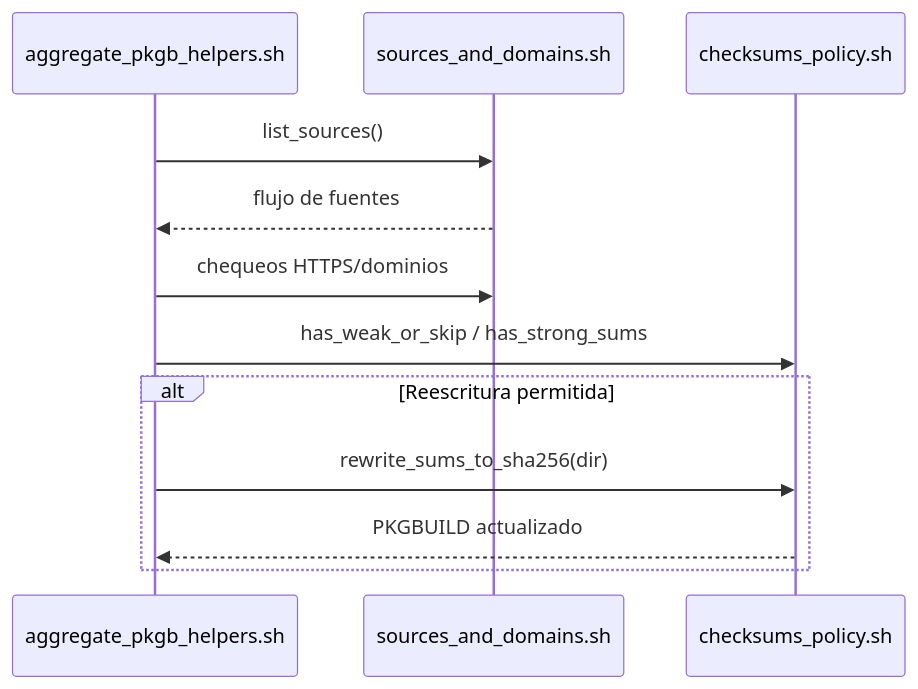
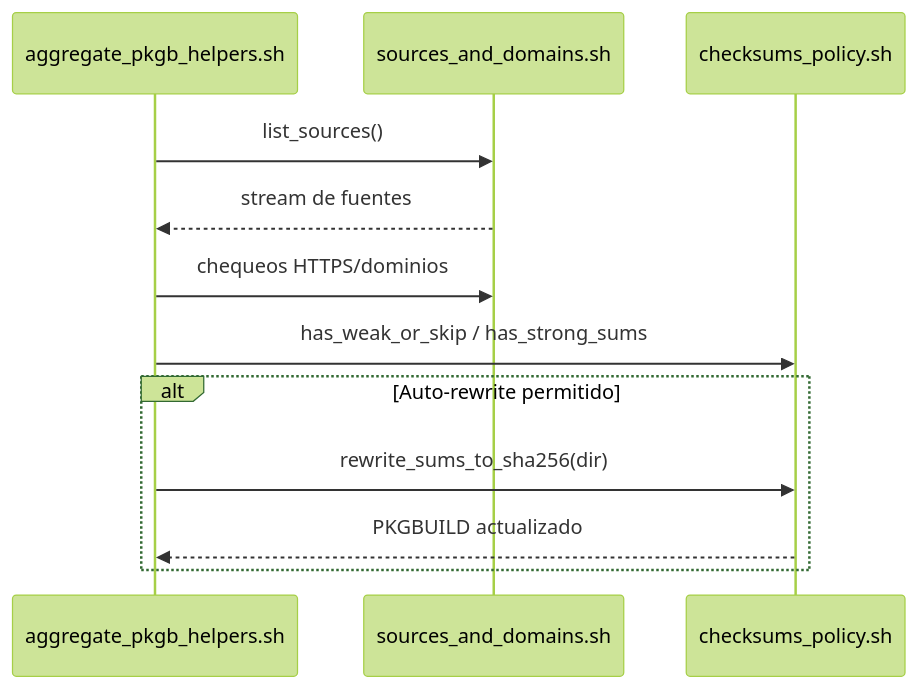
The seventh of 10 diagrams in docs/developer/README.dev.es.md (LuigiD5555/aur_scanner), drawn with Mermaid before and after one commit. The commit also changed other lines of this file and 2 other files, not shown here.

````diff
--- a/docs/developer/README.dev.es.md
+++ b/docs/developer/README.dev.es.md
@@ -250,14 +365,15 @@
 ```mermaid
+%%{init: {"theme": "forest", "handDrawn": true}}%%
 sequenceDiagram
     participant PKGB as aggregate_pkgb_helpers.sh
     participant Src as sources_and_domains.sh
     participant Sums as checksums_policy.sh
     PKGB->>Src: list_sources()
-    Src-->>PKGB: flujo de fuentes
+    Src-->>PKGB: stream de fuentes
     PKGB->>Src: chequeos HTTPS/dominios
     PKGB->>Sums: has_weak_or_skip / has_strong_sums
-    alt Reescritura permitida
+    alt Auto-rewrite permitido
         PKGB->>Sums: rewrite_sums_to_sha256(dir)
         Sums-->>PKGB: PKGBUILD actualizado
     end
 ```
````
